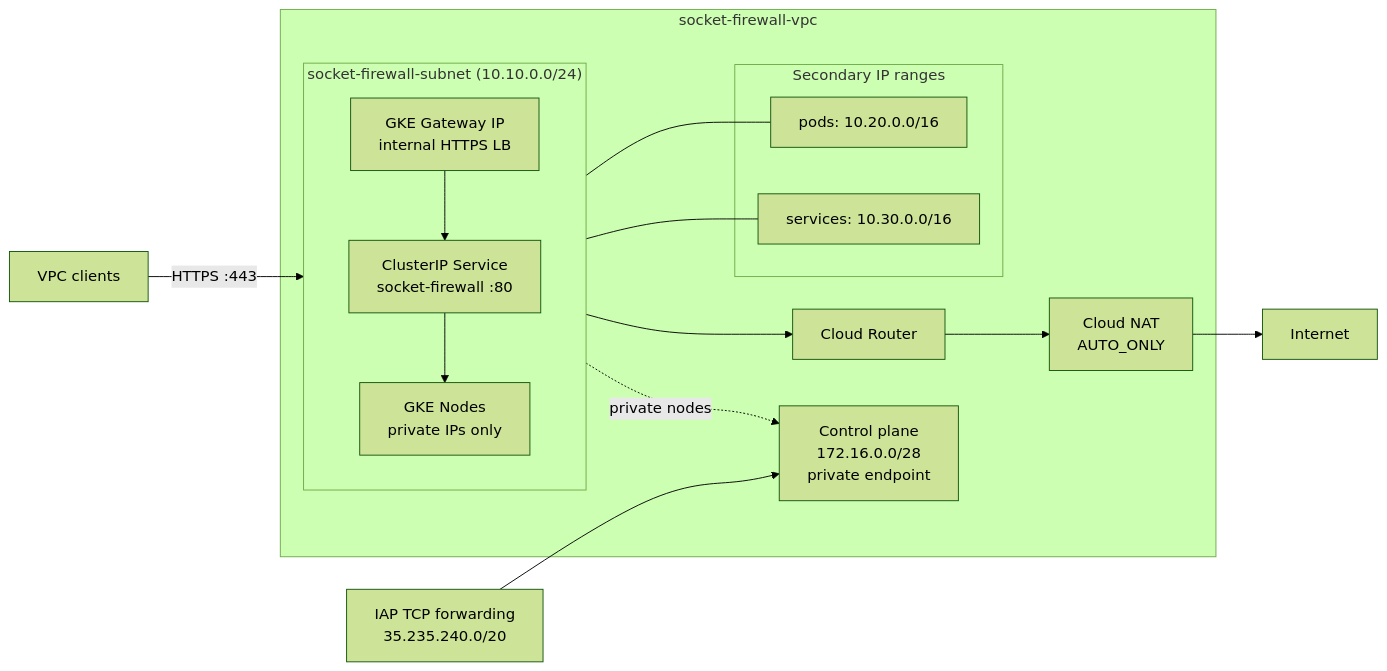
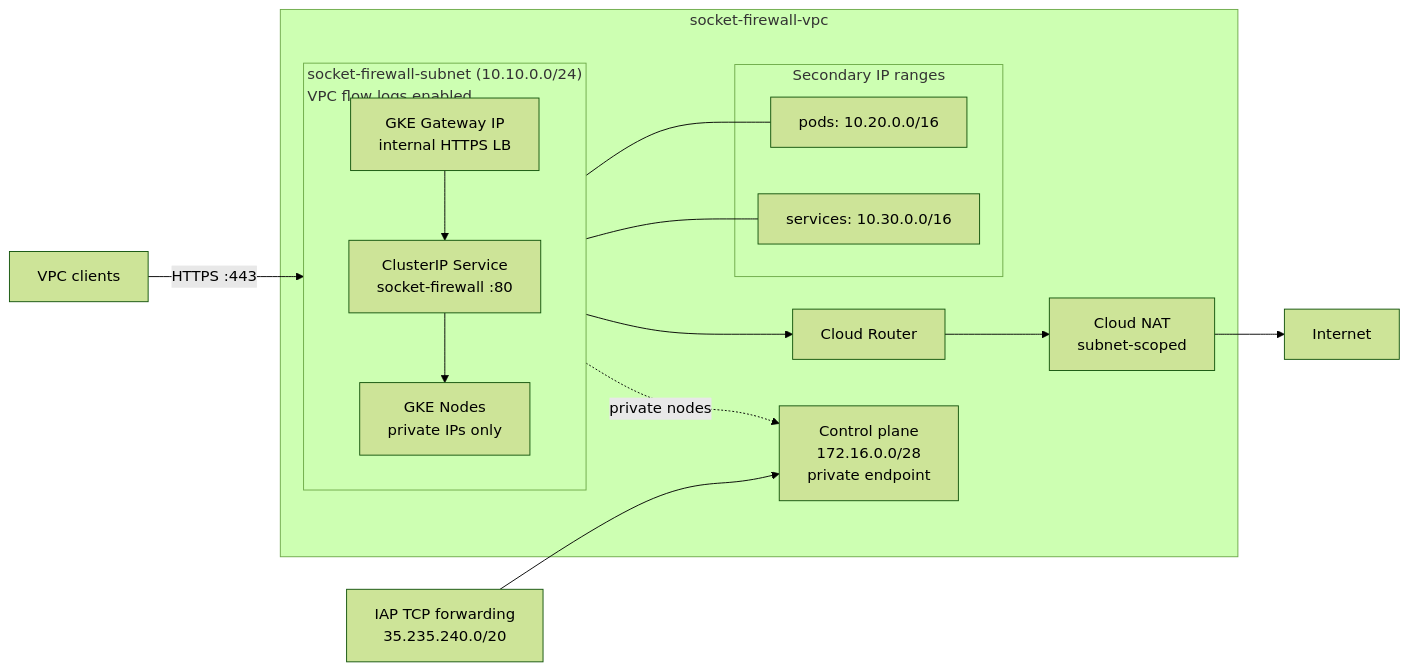
One commit to getsentry/security-socket-firewall changed the second of 3 diagrams in README.md. Above: the diagram before and after it, drawn with Mermaid (forest theme). The commit also changed other lines of this file and 14 other files, not shown here.

````diff
--- a/README.md
+++ b/README.md
@@ -84,31 +100,31 @@
 ```mermaid
 flowchart LR
     subgraph VPC["socket-firewall-vpc"]
-        subgraph SUB["socket-firewall-subnet (10.10.0.0/24)"]
+        subgraph SUB["socket-firewall-subnet (10.10.0.0/24)<br/>VPC flow logs enabled"]
             direction TB
             N1["GKE Nodes<br/>private IPs only"]
             GW_IP["GKE Gateway IP<br/>internal HTTPS LB"]
             SVC["ClusterIP Service<br/>socket-firewall :80"]
         end
 
         subgraph RANGES["Secondary IP ranges"]
             PODS["pods: 10.20.0.0/16"]
             SVC_CIDR["services: 10.30.0.0/16"]
         end
 
         ROUTER["Cloud Router"]
-        NAT["Cloud NAT<br/>AUTO_ONLY"]
+        NAT["Cloud NAT<br/>subnet-scoped"]
         MASTER["Control plane<br/>172.16.0.0/28<br/>private endpoint"]
     end
 
     INTERNET["Internet"]
     IAP["IAP TCP forwarding<br/>35.235.240.0/20"]
     CLIENT["VPC clients"]
 
     N1 --- PODS
     N1 --- SVC_CIDR
     N1 --> ROUTER --> NAT --> INTERNET
     CLIENT -->|"HTTPS :443"| GW_IP --> SVC --> N1
     IAP --> MASTER
     N1 -.->|"private nodes"| MASTER
 ```
````
